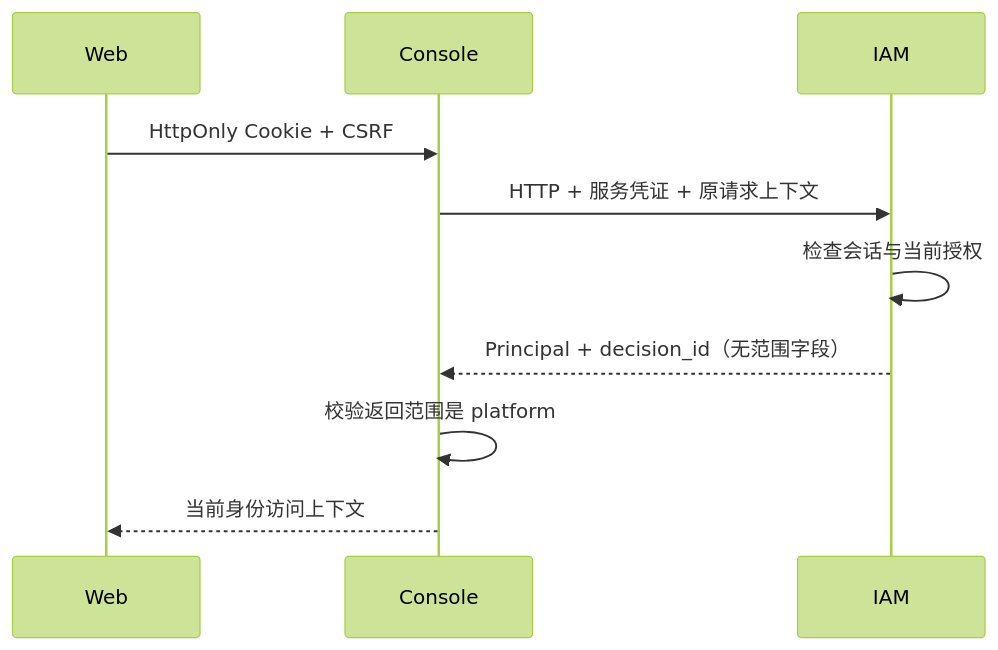
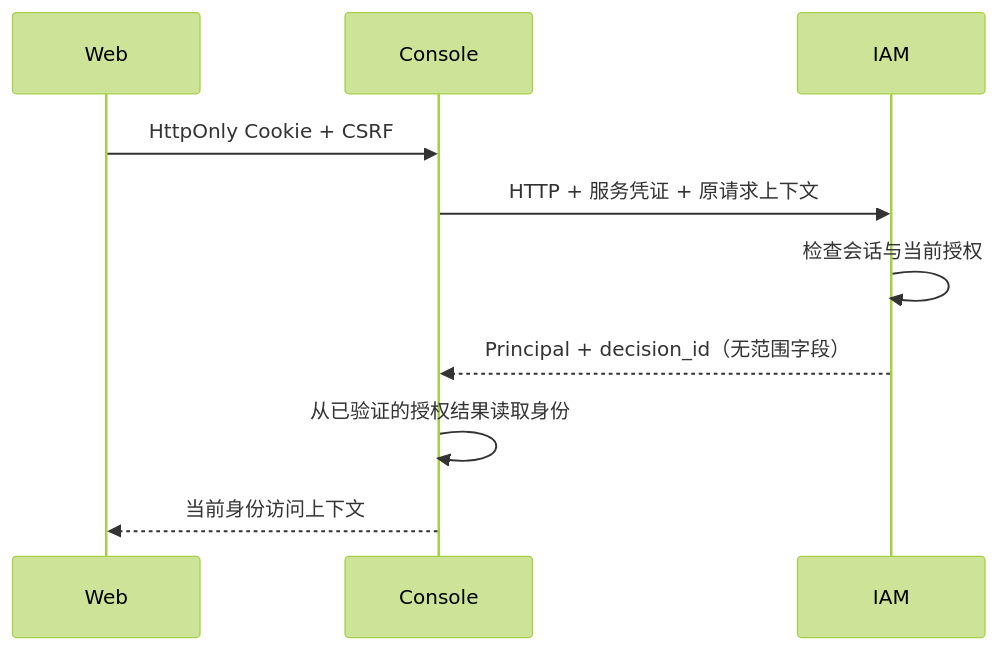
The diagram in src/apps/console/README.md (EayonLee/SecPlexus), drawn with Mermaid (forest theme) before and after one commit. The commit also changed other lines of this file and 476 other files, not shown here.

````diff
--- a/src/apps/console/README.md
+++ b/src/apps/console/README.md
@@ -22,12 +22,12 @@
 ```mermaid
 sequenceDiagram
     participant W as Web
     participant C as Console
     participant I as IAM
     W->>C: HttpOnly Cookie + CSRF
     C->>I: HTTP + 服务凭证 + 原请求上下文
     I->>I: 检查会话与当前授权
     I-->>C: Principal + decision_id（无范围字段）
-    C->>C: 校验返回范围是 platform
+    C->>C: 从已验证的授权结果读取身份
     C-->>W: 当前身份访问上下文
 ```
````
